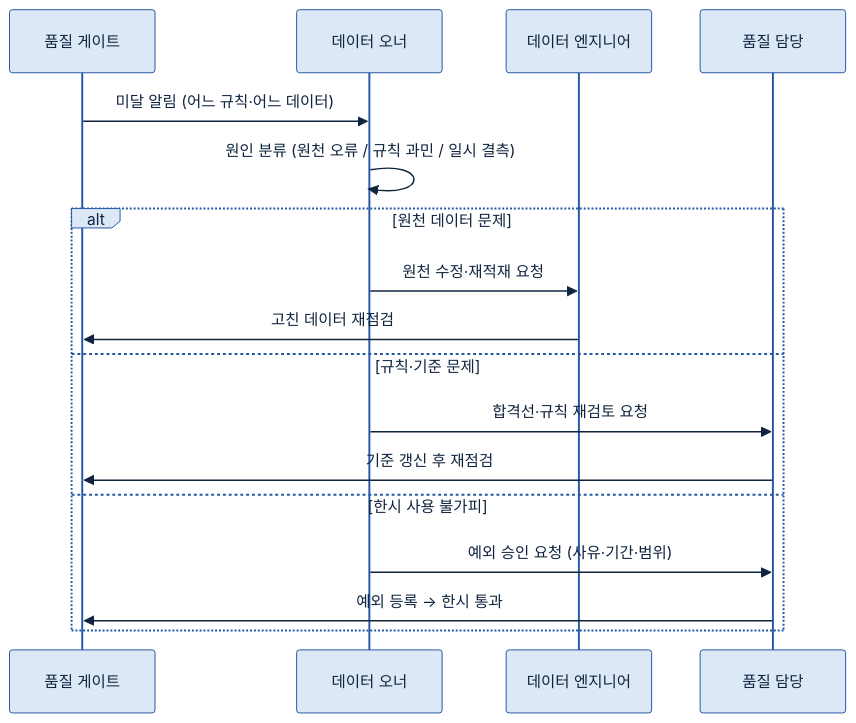
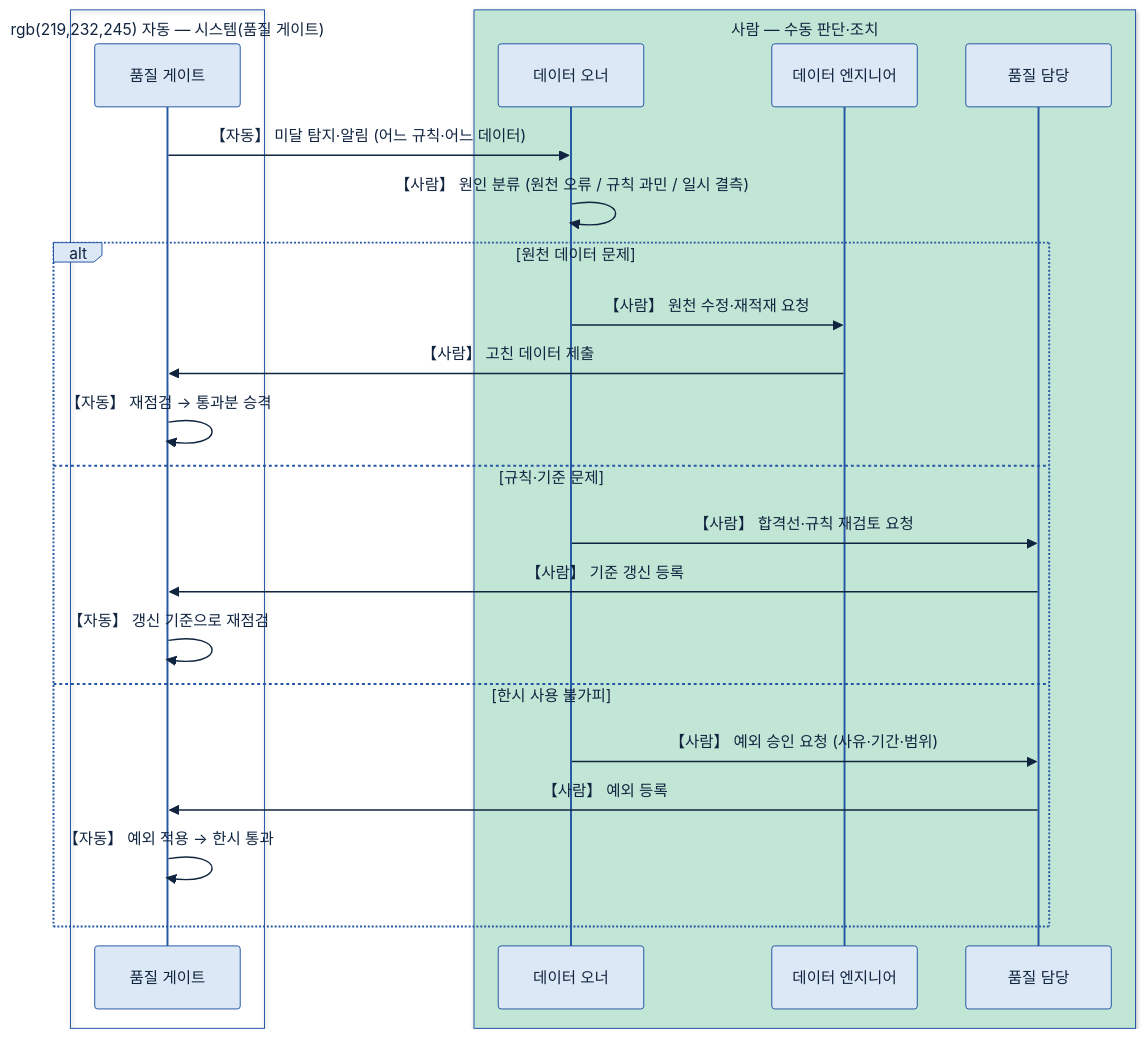
The fourth of 6 diagrams in 가이드 작성/C-2 데이터 품질 관리/C-2 데이터 품질 관리.md (jin-kearney/ai-ready-data-manual), drawn with Mermaid before and after one commit. The commit also changed other lines of this file, not shown here.

Commit message:
docs(C-2): §4.4 위반 처리 다이어그램 자동/수동 구분 (고객)
시퀀스 다이어그램을 두 박스(자동=품질 게이트 / 사람=오너·엔지니어·품질 담당)로 묶고
각 동작에 【자동】·【사람】 표기. 게이트의 자동 재점검·예외 적용 단계를 명시. 읽는 법 문장 추가.

````diff
--- a/가이드 작성/C-2 데이터 품질 관리/C-2 데이터 품질 관리.md
+++ b/가이드 작성/C-2 데이터 품질 관리/C-2 데이터 품질 관리.md
@@ -342,20 +342,27 @@
 ```mermaid
 %%{init: {'theme':'base','themeVariables':{'primaryColor':'#DCE8F5','primaryBorderColor':'#2456A4','primaryTextColor':'#10243f','lineColor':'#2456A4','fontSize':'13px'}}}%%
 sequenceDiagram
+    box rgb(219,232,245) 자동 — 시스템(품질 게이트)
     participant G as 품질 게이트
+    end
+    box rgb(194,230,214) 사람 — 수동 판단·조치
     participant O as 데이터 오너
     participant E as 데이터 엔지니어
     participant Q as 품질 담당
-    G->>O: 미달 알림 (어느 규칙·어느 데이터)
-    O->>O: 원인 분류 (원천 오류 / 규칙 과민 / 일시 결측)
+    end
+    G->>O: 【자동】 미달 탐지·알림 (어느 규칙·어느 데이터)
+    O->>O: 【사람】 원인 분류 (원천 오류 / 규칙 과민 / 일시 결측)
     alt 원천 데이터 문제
-        O->>E: 원천 수정·재적재 요청
-        E->>G: 고친 데이터 재점검
+        O->>E: 【사람】 원천 수정·재적재 요청
+        E->>G: 【사람】 고친 데이터 제출
+        G->>G: 【자동】 재점검 → 통과분 승격
     else 규칙·기준 문제
-        O->>Q: 합격선·규칙 재검토 요청
-        Q->>G: 기준 갱신 후 재점검
+        O->>Q: 【사람】 합격선·규칙 재검토 요청
+        Q->>G: 【사람】 기준 갱신 등록
+        G->>G: 【자동】 갱신 기준으로 재점검
     else 한시 사용 불가피
-        O->>Q: 예외 승인 요청 (사유·기간·범위)
-        Q->>G: 예외 등록 → 한시 통과
+        O->>Q: 【사람】 예외 승인 요청 (사유·기간·범위)
+        Q->>G: 【사람】 예외 등록
+        G->>G: 【자동】 예외 적용 → 한시 통과
     end
 ```
````
